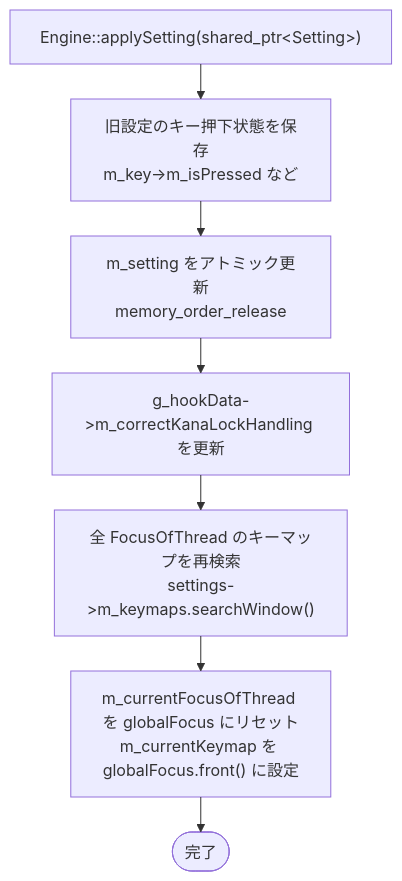
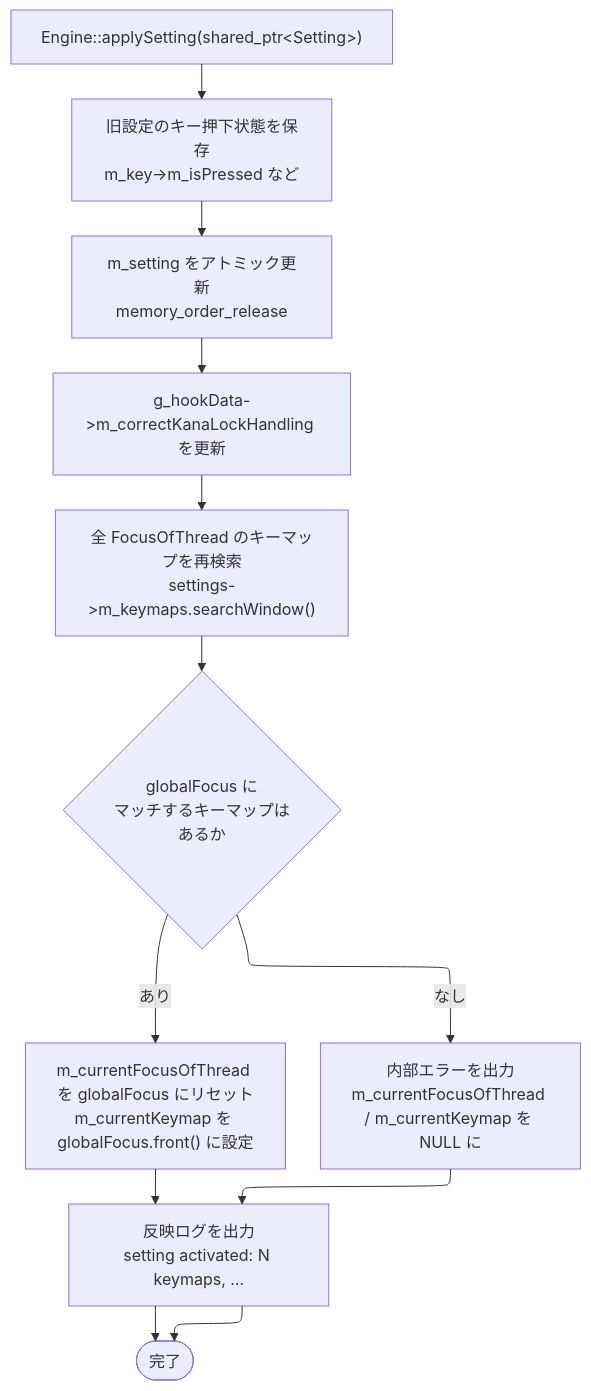
One commit to vmi/nyamy changed the fifth of 8 diagrams in doc/event-flow.md. Above: the diagram before and after it, drawn with Mermaid. The commit also changed other lines of this file and 10 other files, not shown here.

````diff
--- a/doc/event-flow.md
+++ b/doc/event-flow.md
@@ -304,16 +385,21 @@
 ```mermaid
 ---
 config:
   layout: elk
 ---
 flowchart TD
     A["Engine::applySetting(shared_ptr&lt;Setting&gt;)"]
     B["旧設定のキー押下状態を保存<br>m_key->m_isPressed など"]
     C["m_setting をアトミック更新<br>memory_order_release"]
     D["g_hookData->m_correctKanaLockHandling を更新"]
     E["全 FocusOfThread のキーマップを再検索<br>settings->m_keymaps.searchWindow()"]
-    F["m_currentFocusOfThread を globalFocus にリセット<br>m_currentKeymap を globalFocus.front() に設定"]
-    G([完了])
+    F{"globalFocus に<br>マッチするキーマップは<br>あるか"}
+    G["m_currentFocusOfThread を globalFocus にリセット<br>m_currentKeymap を globalFocus.front() に設定"]
+    H["内部エラーを出力<br>m_currentFocusOfThread / m_currentKeymap を NULL に"]
+    I["反映ログを出力<br>setting activated: N keymaps, ..."]
+    J([完了])
 
-    A --> B --> C --> D --> E --> F --> G
+    A --> B --> C --> D --> E --> F
+    F -- あり --> G --> I --> J
+    F -- なし --> H --> I --> J
 ```
````
